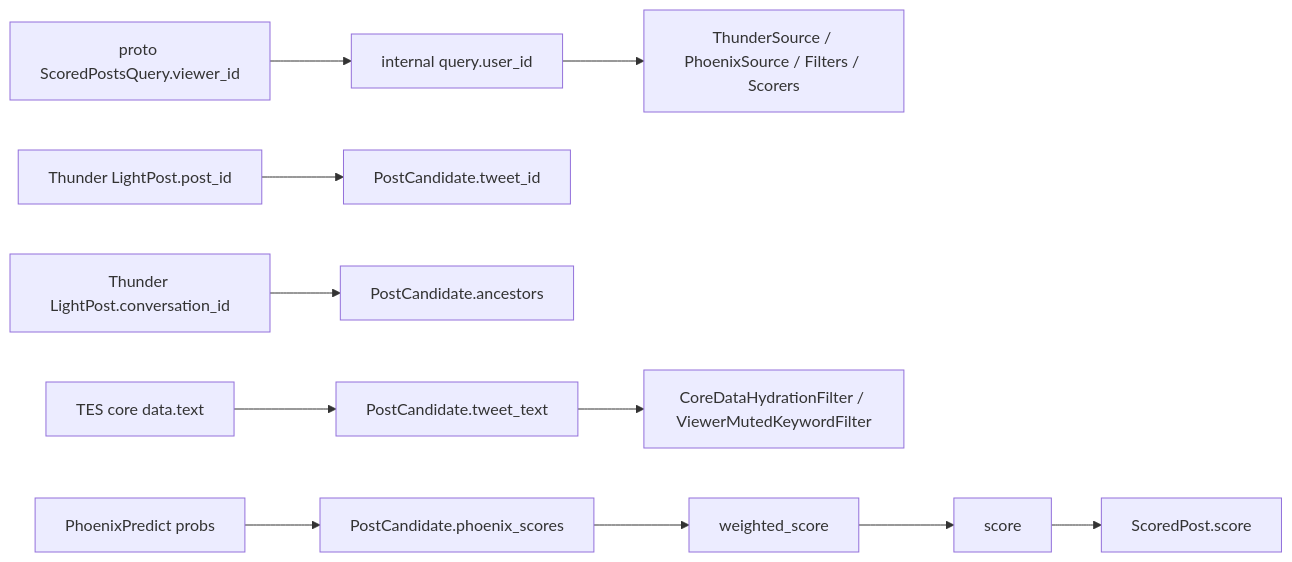
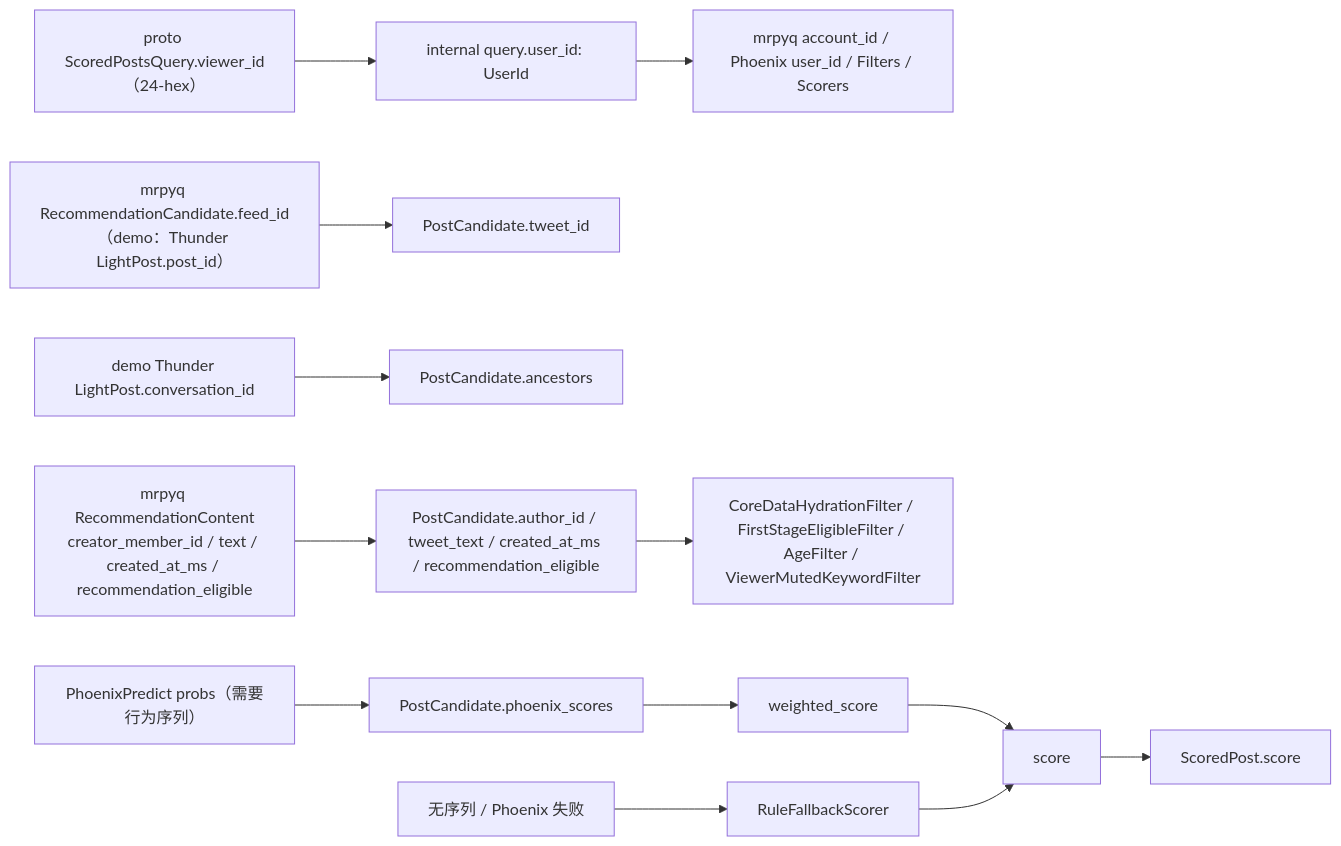
The diagram in docs/home-mixer/12-field-dictionary.md (freefcw/x-algorithm), drawn with Mermaid before and after one commit. The commit also changed other lines of this file and 21 other files, not shown here.

````diff
--- a/docs/home-mixer/12-field-dictionary.md
+++ b/docs/home-mixer/12-field-dictionary.md
@@ -254,16 +276,18 @@
 ```mermaid
 flowchart LR
-    A["proto ScoredPostsQuery.viewer_id"] --> B["internal query.user_id"]
-    B --> C["ThunderSource / PhoenixSource / Filters / Scorers"]
+    A["proto ScoredPostsQuery.viewer_id（24-hex）"] --> B["internal query.user_id: UserId"]
+    B --> C["mrpyq account_id / Phoenix user_id / Filters / Scorers"]
 
-    D["Thunder LightPost.post_id"] --> E["PostCandidate.tweet_id"]
-    D2["Thunder LightPost.conversation_id"] --> F["PostCandidate.ancestors"]
+    D["mrpyq RecommendationCandidate.feed_id<br/>（demo：Thunder LightPost.post_id）"] --> E["PostCandidate.tweet_id"]
+    D2["demo Thunder LightPost.conversation_id"] --> F["PostCandidate.ancestors"]
 
-    G["TES core data.text"] --> H["PostCandidate.tweet_text"]
-    H --> I["CoreDataHydrationFilter / ViewerMutedKeywordFilter"]
+    G["mrpyq RecommendationContent<br/>creator_member_id / text / created_at_ms / recommendation_eligible"] --> H["PostCandidate.author_id / tweet_text / created_at_ms / recommendation_eligible"]
+    H --> I["CoreDataHydrationFilter / FirstStageEligibleFilter / AgeFilter / ViewerMutedKeywordFilter"]
 
-    J["PhoenixPredict probs"] --> K["PostCandidate.phoenix_scores"]
+    J["PhoenixPredict probs（需要行为序列）"] --> K["PostCandidate.phoenix_scores"]
     K --> L["weighted_score"]
     L --> M["score"]
+    J2["无序列 / Phoenix 失败"] --> RF["RuleFallbackScorer"]
+    RF --> M
     M --> N["ScoredPost.score"]
 ```
````
